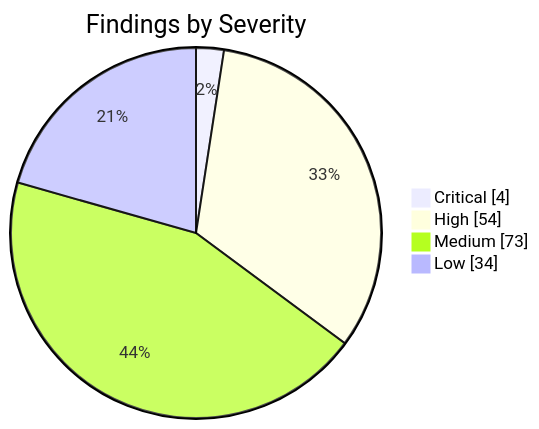
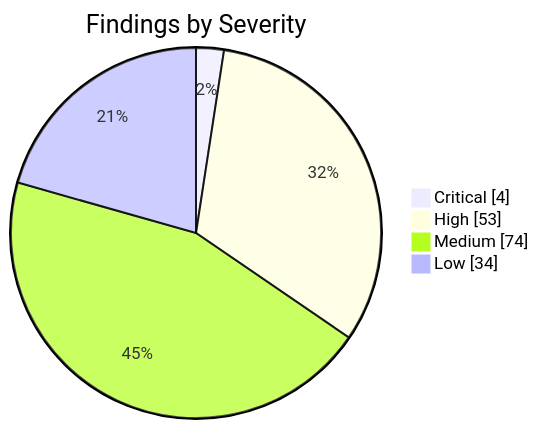
Before and after one commit to KBVE/kbve: the first of 2 diagrams in apps/kbve/astro-kbve/src/content/docs/dashboard/security.mdx, drawn with Mermaid. The commit also changed other lines of this file and 7 other files, not shown here.

````diff
--- a/apps/kbve/astro-kbve/src/content/docs/dashboard/security.mdx
+++ b/apps/kbve/astro-kbve/src/content/docs/dashboard/security.mdx
@@ -62,8 +62,8 @@
 ```mermaid
 pie showData
     title Findings by Severity
     "Critical" : 4
-    "High" : 54
-    "Medium" : 73
+    "High" : 53
+    "Medium" : 74
     "Low" : 34
 ```
````
